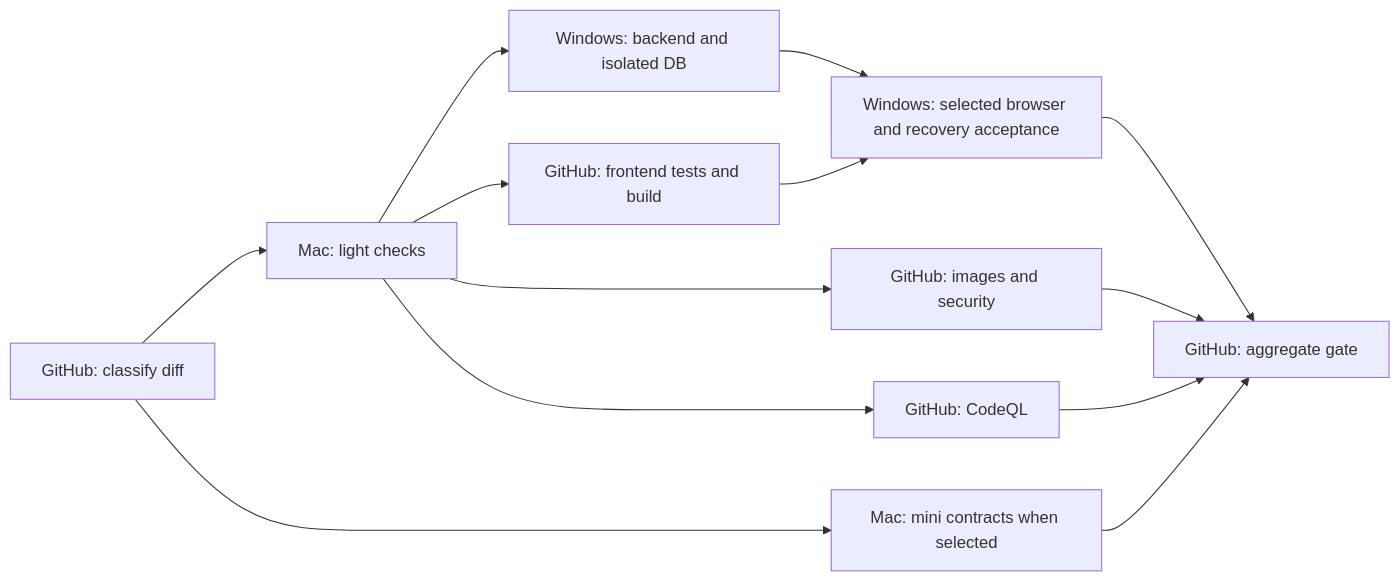
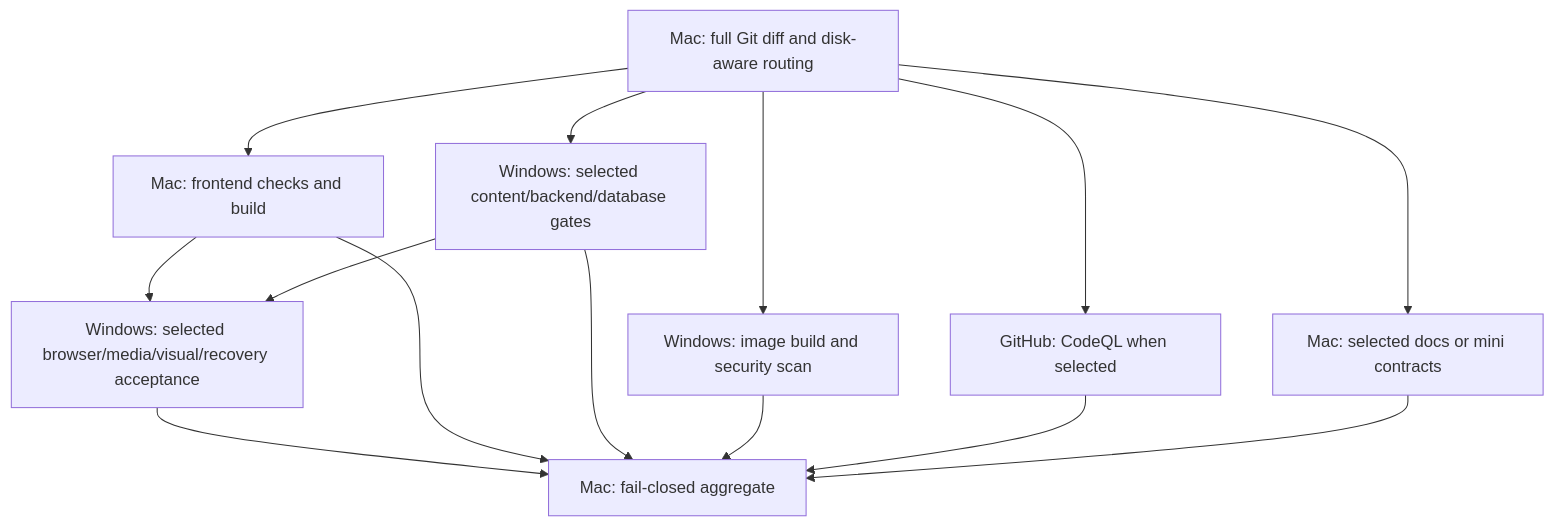
Before and after one commit to caohuibj/eduK12-new-version: the diagram in docs/ci-runner-policy.md, drawn with Mermaid. The commit also changed other lines of this file and 24 other files, not shown here.

Commit message:
ci: parallelize local scenario gates and reserve hosted compute for CodeQL

````diff
--- a/docs/ci-runner-policy.md
+++ b/docs/ci-runner-policy.md
@@ -91,15 +14,16 @@
 ```mermaid
-flowchart LR
-  S[GitHub: classify diff] --> M[Mac: light checks]
-  M --> W[Windows: backend and isolated DB]
-  M --> F[GitHub: frontend tests and build]
-  M --> D[GitHub: images and security]
-  W --> B[Windows: selected browser and recovery acceptance]
-  F --> B
-  S --> C[Mac: mini contracts when selected]
-  M --> Q[GitHub: CodeQL]
-  B --> G[GitHub: aggregate gate]
+flowchart TD
+  S[Mac: full Git diff and disk-aware routing] --> M[Mac: frontend checks and build]
+  S --> W[Windows: selected content/backend/database gates]
+  S --> Q[GitHub: CodeQL when selected]
+  S --> D[Windows: image build and security scan]
+  S --> L[Mac: selected docs or mini contracts]
+  M --> A[Windows: selected browser/media/visual/recovery acceptance]
+  W --> A
+  A --> G[Mac: fail-closed aggregate]
+  M --> G
+  W --> G
   D --> G
   Q --> G
-  C --> G
+  L --> G
 ```
````
